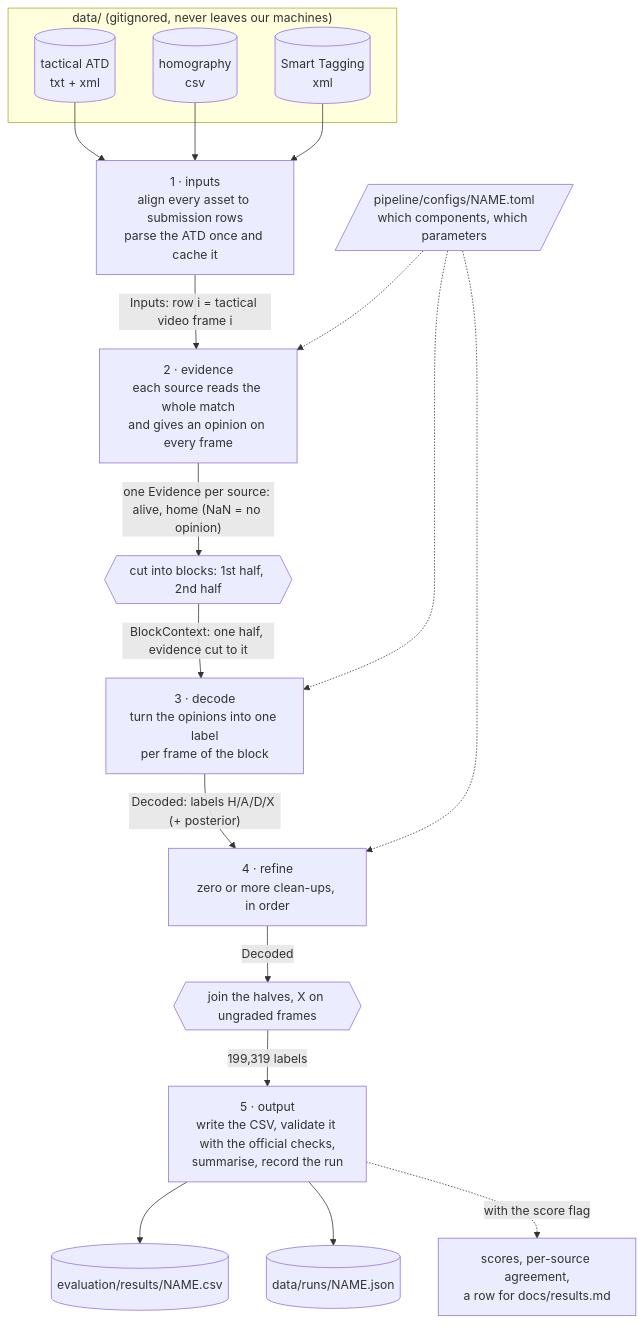
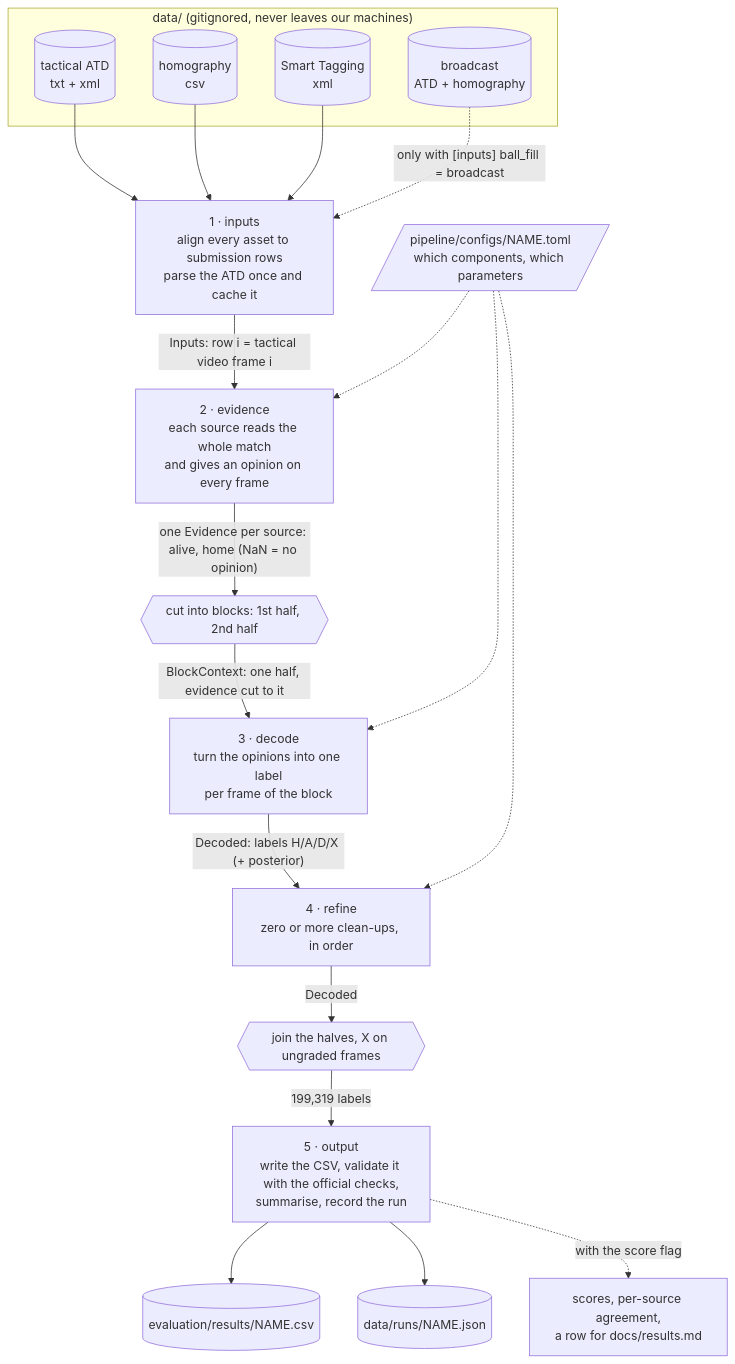
Before and after one commit to TianK003/BarcaHackathon: the diagram in pipeline/README.md, drawn with Mermaid. The commit also changed other lines of this file and 9 other files, not shown here.

First line of the commit message:
R028 Task 1: the broadcast's ball and the fill switch

````diff
--- a/pipeline/README.md
+++ b/pipeline/README.md
@@ -20,29 +20,31 @@
 ```mermaid
 flowchart TD
     subgraph DATA["data/ (gitignored, never leaves our machines)"]
         ATD[("tactical ATD<br/>txt + xml")]
         HOM[("homography<br/>csv")]
         TAG[("Smart Tagging<br/>xml")]
+        BRD[("broadcast<br/>ATD + homography")]
     end
     CFG[/"pipeline/configs/NAME.toml<br/>which components, which parameters"/]
 
     ATD & HOM & TAG --> INPUTS
+    BRD -.->|"only with [inputs] ball_fill = broadcast"| INPUTS
     INPUTS["1 · inputs<br/>align every asset to submission rows<br/>parse the ATD once and cache it"]
     INPUTS -->|"Inputs: row i = tactical video frame i"| EVIDENCE
     EVIDENCE["2 · evidence<br/>each source reads the whole match<br/>and gives an opinion on every frame"]
     EVIDENCE -->|"one Evidence per source: alive, home (NaN = no opinion)"| SPLIT
     SPLIT{{"cut into blocks: 1st half, 2nd half"}}
     SPLIT -->|"BlockContext: one half, evidence cut to it"| DECODE
     DECODE["3 · decode<br/>turn the opinions into one label<br/>per frame of the block"]
     DECODE -->|"Decoded: labels H/A/D/X (+ posterior)"| REFINE
     REFINE["4 · refine<br/>zero or more clean-ups, in order"]
     REFINE -->|"Decoded"| JOIN
     JOIN{{"join the halves, X on ungraded frames"}}
     JOIN -->|"199,319 labels"| OUTPUT
     OUTPUT["5 · output<br/>write the CSV, validate it with the official checks,<br/>summarise, record the run"]
     OUTPUT --> CSV[("evaluation/results/NAME.csv")]
     OUTPUT --> MANIFEST[("data/runs/NAME.json")]
     OUTPUT -.->|"with the score flag"| SCORE["scores, per-source agreement,<br/>a row for docs/results.md"]
 
     CFG -.-> EVIDENCE & DECODE & REFINE
 ```
````
